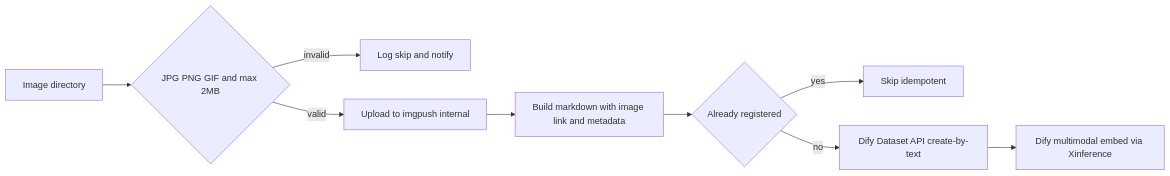
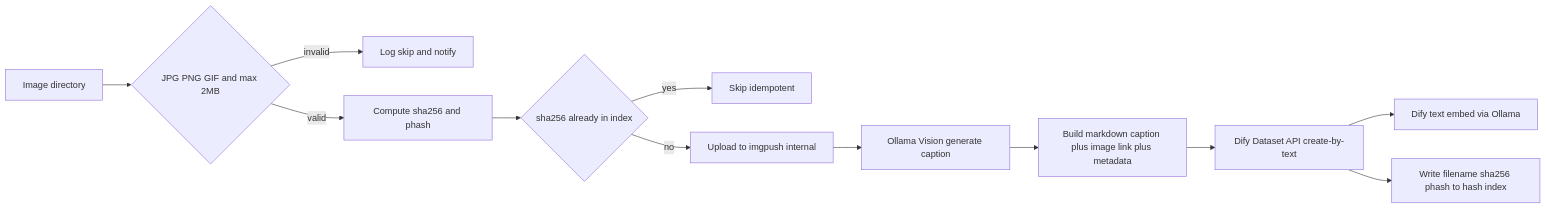
One commit to beastmaniaxxx/AgentPlatform changed the second of 4 diagrams in .kiro/specs/multimodal-rag/design.md. Above: the diagram before and after it, drawn with Mermaid. The commit also changed other lines of this file and 4 other files, not shown here.

````diff
--- a/.kiro/specs/multimodal-rag/design.md
+++ b/.kiro/specs/multimodal-rag/design.md
@@ -153,11 +174,14 @@
 ```mermaid
 graph LR
     Start[Image directory] --> Validate{JPG PNG GIF and max 2MB}
     Validate -->|invalid| Skip[Log skip and notify]
-    Validate -->|valid| Upload[Upload to imgpush internal]
-    Upload --> Markdown[Build markdown with image link and metadata]
-    Markdown --> Dedup{Already registered}
+    Validate -->|valid| Hash[Compute sha256 and phash]
+    Hash --> Dedup{sha256 already in index}
     Dedup -->|yes| Skip2[Skip idempotent]
-    Dedup -->|no| Register[Dify Dataset API create-by-text]
-    Register --> Index[Dify multimodal embed via Xinference]
+    Dedup -->|no| Upload[Upload to imgpush internal]
+    Upload --> Caption[Ollama Vision generate caption]
+    Caption --> Markdown[Build markdown caption plus image link plus metadata]
+    Markdown --> Register[Dify Dataset API create-by-text]
+    Register --> Index[Dify text embed via Ollama]
+    Register --> WriteIdx[Write filename sha256 phash to hash index]
 ```
````
